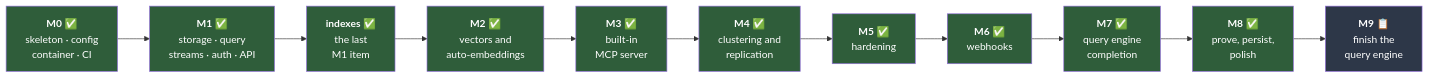
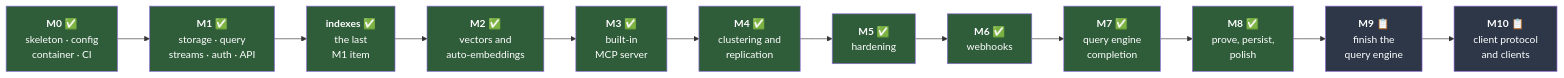
One commit to titusai-io/kimmydb changed the first of 4 diagrams in docs/roadmap.md. Above: the diagram before and after it, drawn with Mermaid. The commit also changed other lines of this file and 4 other files, not shown here.

````diff
--- a/docs/roadmap.md
+++ b/docs/roadmap.md
@@ -12,28 +12,30 @@
 ```mermaid
 graph LR
     M0["<b>M0</b> ✅<br/>skeleton · config<br/>container · CI"]
     M1["<b>M1</b> ✅<br/>storage · query<br/>streams · auth · API"]
     IDX["<b>indexes</b> ✅<br/>the last<br/>M1 item"]
     M2["<b>M2</b> ✅<br/>vectors and<br/>auto-embeddings"]
     M3["<b>M3</b> ✅<br/>built-in<br/>MCP server"]
     M4["<b>M4</b> ✅<br/>clustering and<br/>replication"]
     M5["<b>M5</b> ✅<br/>hardening"]
     M6["<b>M6</b> ✅<br/>webhooks"]
     M7["<b>M7</b> ✅<br/>query engine<br/>completion"]
     M8["<b>M8</b> ✅<br/>prove, persist,<br/>polish"]
     M9["<b>M9</b> 📋<br/>finish the<br/>query engine"]
+    M10["<b>M10</b> 📋<br/>client protocol<br/>and clients"]
 
-    M0 --> M1 --> IDX --> M2 --> M3 --> M4 --> M5 --> M6 --> M7 --> M8 --> M9
+    M0 --> M1 --> IDX --> M2 --> M3 --> M4 --> M5 --> M6 --> M7 --> M8 --> M9 --> M10
 
     style M0 fill:#2f5d3a,color:#fff
     style M1 fill:#2f5d3a,color:#fff
     style IDX fill:#2f5d3a,color:#fff
     style M2 fill:#2f5d3a,color:#fff
     style M3 fill:#2f5d3a,color:#fff
     style M4 fill:#2f5d3a,color:#fff
     style M5 fill:#2f5d3a,color:#fff
     style M6 fill:#2f5d3a,color:#fff
     style M7 fill:#2f5d3a,color:#fff
     style M8 fill:#2f5d3a,color:#fff
     style M9 fill:#2d3748,color:#fff
+    style M10 fill:#2d3748,color:#fff
 ```
````
